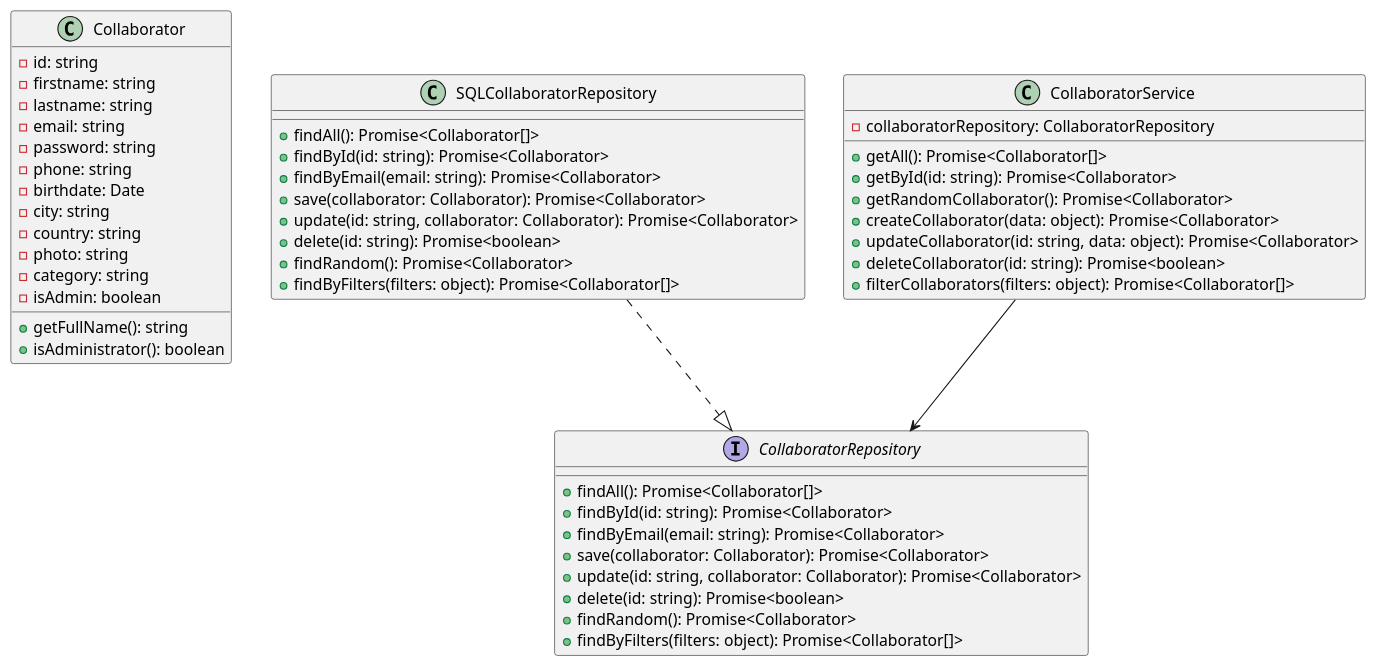
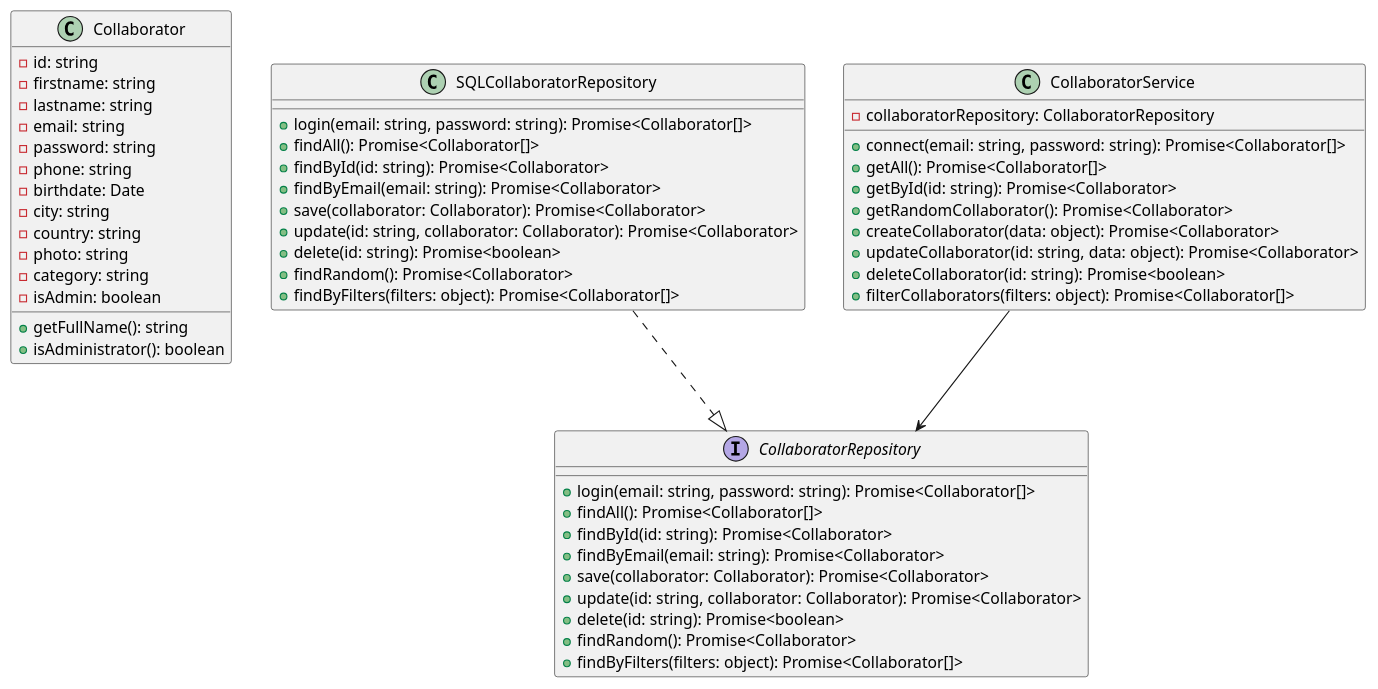
The diagram in uml/classe.puml (LuffyStar93/Projet-Intranet---Architecture-en-Couches), drawn with PlantUML before and after one commit. The commit also changed 12 other files, not shown here.

```diff
--- a/uml/classe.puml
+++ b/uml/classe.puml
@@ -1,54 +1,57 @@
 @startuml
 class Collaborator {
   -id: string
   -firstname: string
   -lastname: string
   -email: string
   -password: string
   -phone: string
   -birthdate: Date
   -city: string
   -country: string
   -photo: string
   -category: string
   -isAdmin: boolean
   +getFullName(): string
   +isAdministrator(): boolean
 }
 
 interface CollaboratorRepository {
+  +login(email: string, password: string): Promise<Collaborator[]>
   +findAll(): Promise<Collaborator[]>
   +findById(id: string): Promise<Collaborator>
   +findByEmail(email: string): Promise<Collaborator>
   +save(collaborator: Collaborator): Promise<Collaborator>
   +update(id: string, collaborator: Collaborator): Promise<Collaborator>
   +delete(id: string): Promise<boolean>
   +findRandom(): Promise<Collaborator>
   +findByFilters(filters: object): Promise<Collaborator[]>
 }
 
 class SQLCollaboratorRepository {
+  +login(email: string, password: string): Promise<Collaborator[]>
   +findAll(): Promise<Collaborator[]>
   +findById(id: string): Promise<Collaborator>
   +findByEmail(email: string): Promise<Collaborator>
   +save(collaborator: Collaborator): Promise<Collaborator>
   +update(id: string, collaborator: Collaborator): Promise<Collaborator>
   +delete(id: string): Promise<boolean>
   +findRandom(): Promise<Collaborator>
   +findByFilters(filters: object): Promise<Collaborator[]>
 }
 
 class CollaboratorService {
   -collaboratorRepository: CollaboratorRepository
+  +connect(email: string, password: string): Promise<Collaborator[]>
   +getAll(): Promise<Collaborator[]>
   +getById(id: string): Promise<Collaborator>
   +getRandomCollaborator(): Promise<Collaborator>
   +createCollaborator(data: object): Promise<Collaborator>
   +updateCollaborator(id: string, data: object): Promise<Collaborator>
   +deleteCollaborator(id: string): Promise<boolean>
   +filterCollaborators(filters: object): Promise<Collaborator[]>
 }
 
 CollaboratorService --> CollaboratorRepository
 SQLCollaboratorRepository ..|> CollaboratorRepository
 @enduml
```
